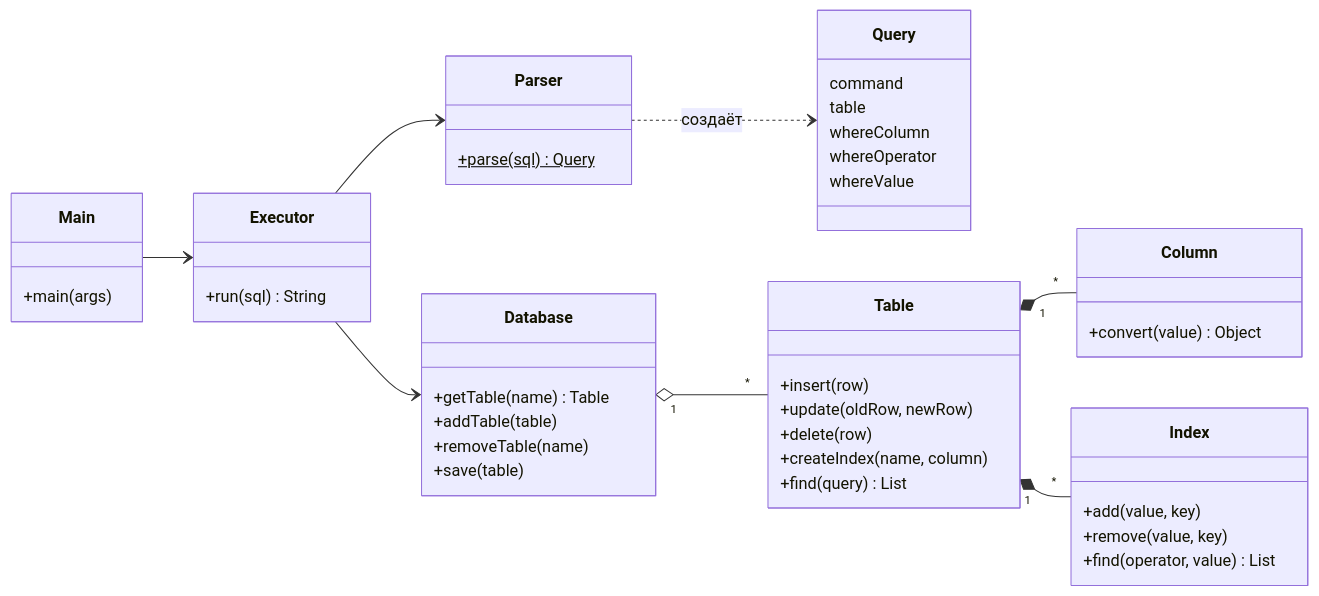
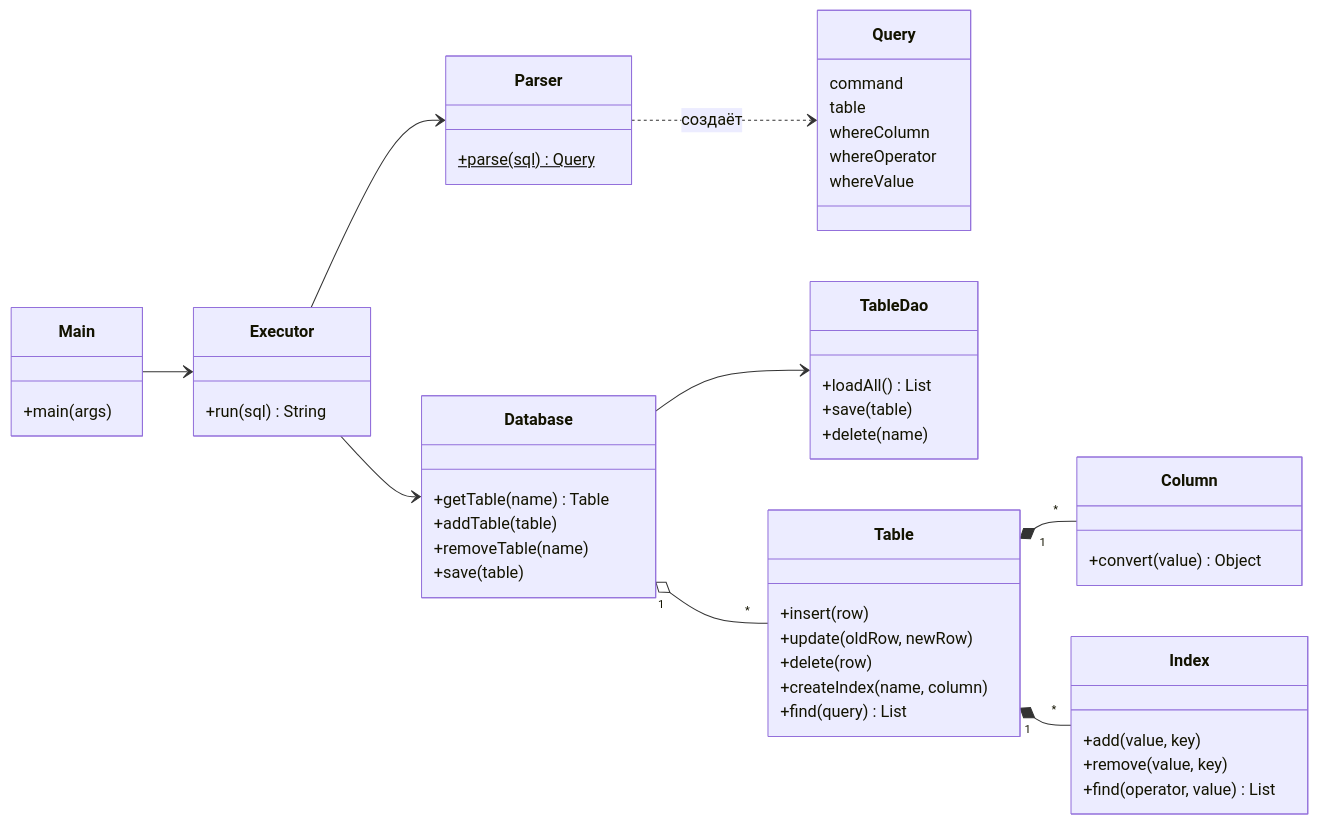
The second of 4 diagrams in readme.md (sergei0908/Java2), drawn with Mermaid before and after one commit. The commit also changed other lines of this file and 8 other files, not shown here.

First line of the commit message:
Вынесена работа с файлами в TableDao, исправлены комментарии после запроса

````diff
--- a/readme.md
+++ b/readme.md
@@ -197,49 +202,55 @@
 ```mermaid
 classDiagram
     direction LR
     class Main {
         +main(args)
     }
     class Parser {
         +parse(sql)$ Query
     }
     class Query {
         command
         table
         whereColumn
         whereOperator
         whereValue
     }
     class Executor {
         +run(sql) String
     }
     class Database {
         +getTable(name) Table
         +addTable(table)
         +removeTable(name)
         +save(table)
     }
+    class TableDao {
+        +loadAll() List
+        +save(table)
+        +delete(name)
+    }
     class Table {
         +insert(row)
         +update(oldRow, newRow)
         +delete(row)
         +createIndex(name, column)
         +find(query) List
     }
     class Column {
         +convert(value) Object
     }
     class Index {
         +add(value, key)
         +remove(value, key)
         +find(operator, value) List
     }
 
     Main --> Executor
     Executor --> Parser
     Executor --> Database
     Parser ..> Query : создаёт
+    Database --> TableDao
     Database "1" o-- "*" Table
     Table "1" *-- "*" Column
     Table "1" *-- "*" Index
 ```
````
